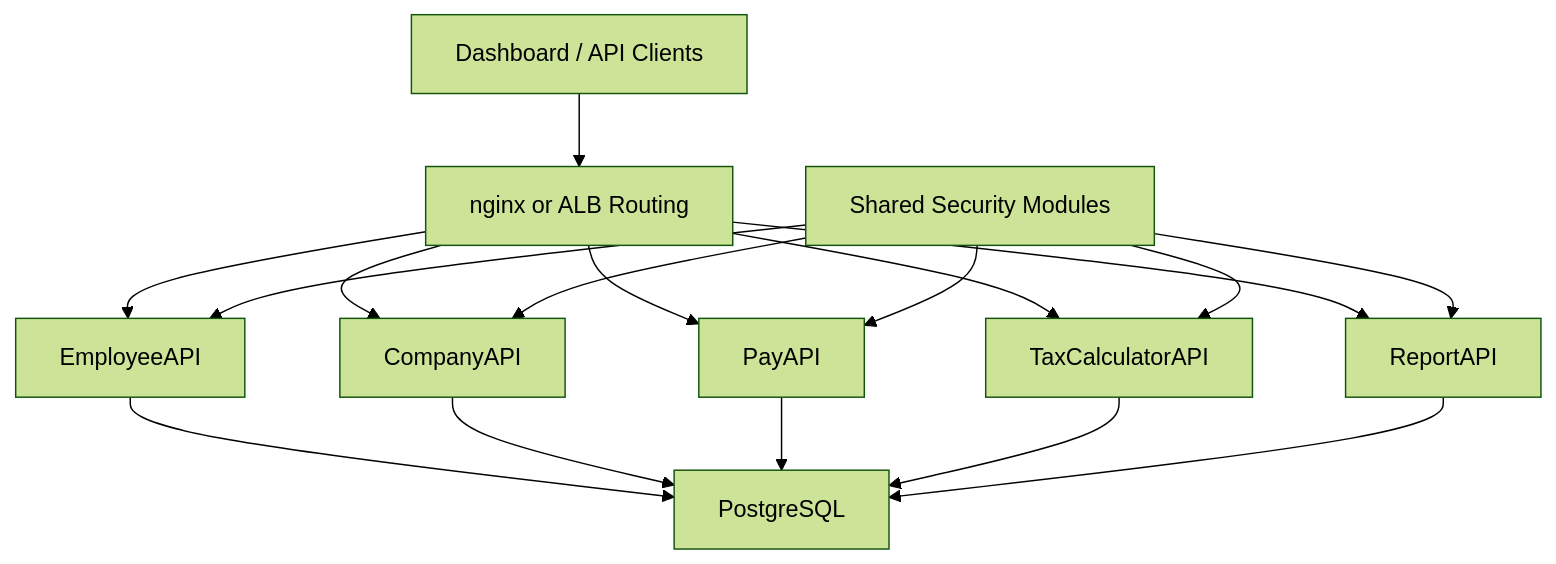
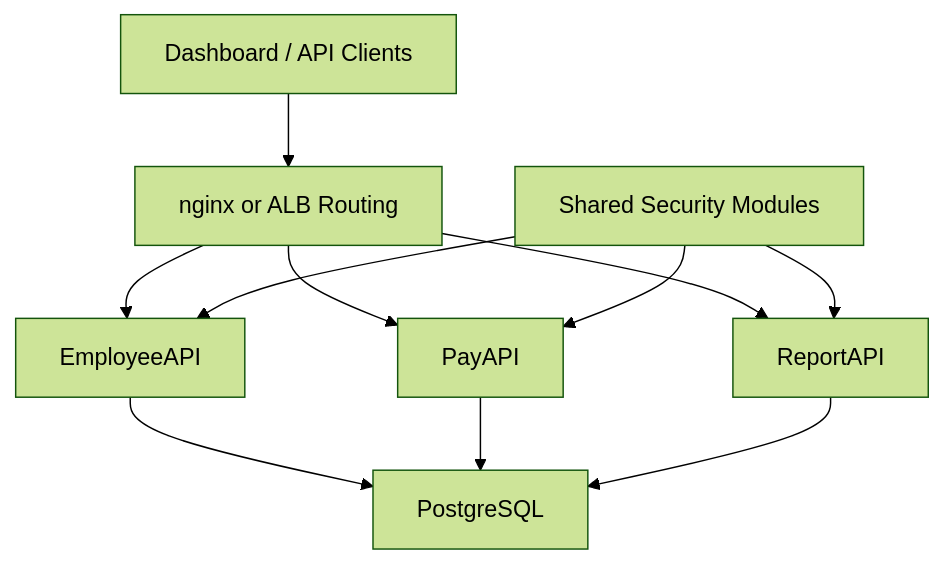
The diagram in STRUCTURE.md (WookieCode13/DemoSkills), drawn with Mermaid (forest theme) before and after one commit. The commit also changed other lines of this file and 3 other files, not shown here.

````diff
--- a/STRUCTURE.md
+++ b/STRUCTURE.md
@@ -7,19 +7,13 @@
 ```mermaid
 graph TD
     A[Dashboard / API Clients] --> B[nginx or ALB Routing]
     B --> C1[EmployeeAPI]
-    B --> C2[CompanyAPI]
-    B --> C3[PayAPI]
-    B --> C4[TaxCalculatorAPI]
-    B --> C5[ReportAPI]
+    B --> C2[PayAPI]
+    B --> C3[ReportAPI]
     C1 --> D[PostgreSQL]
     C2 --> D
     C3 --> D
-    C4 --> D
-    C5 --> D
     E[Shared Security Modules] --> C1
     E --> C2
     E --> C3
-    E --> C4
-    E --> C5
 ```
````
